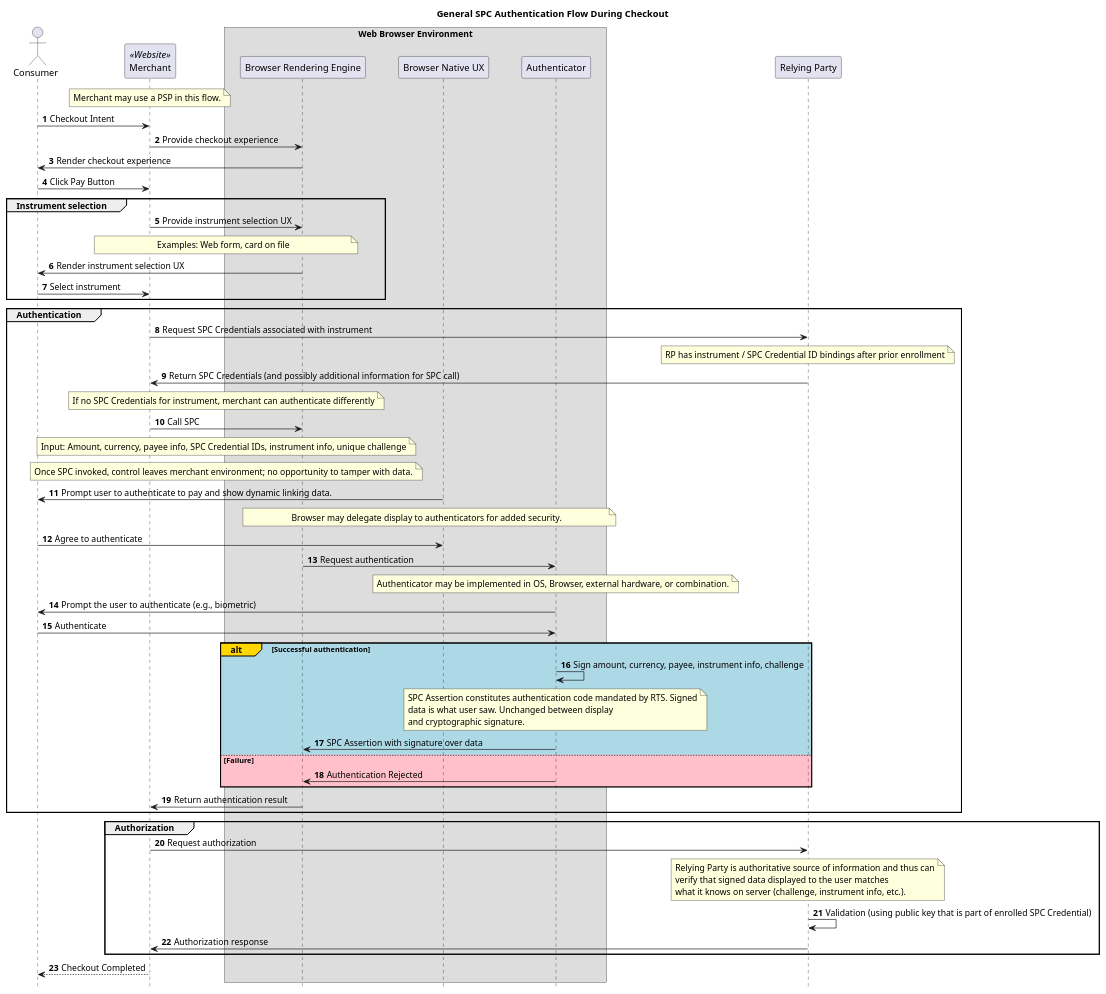
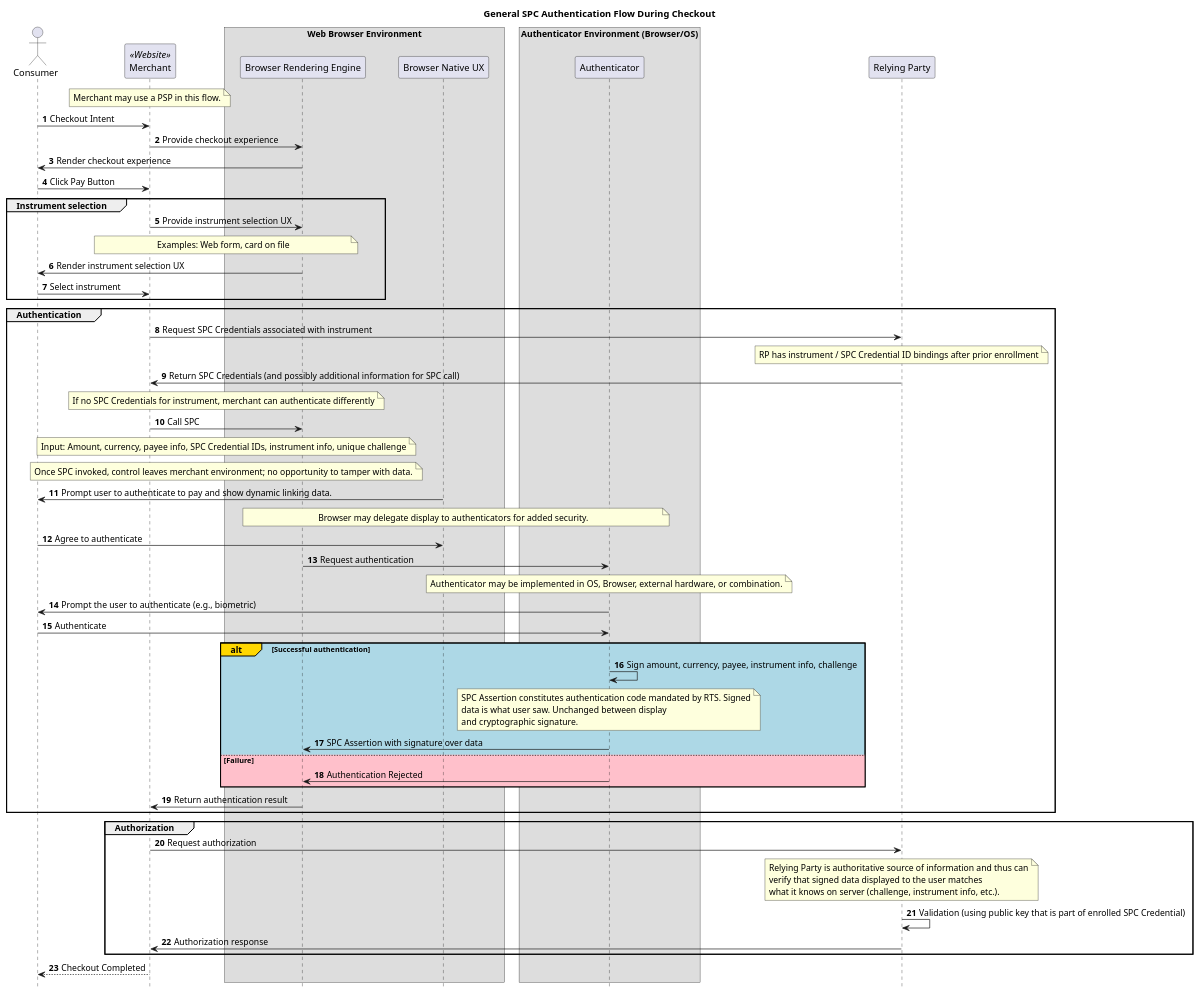
The diagram in spc-general.puml (w3c/wpsig), drawn with PlantUML before and after one commit. The commit also changed 1 other file, not shown here.

Commit message:
authenticator not necessarily in browser

```diff
--- a/spc-general.puml
+++ b/spc-general.puml
@@ -1,88 +1,91 @@
 @startuml
 
 autonumber
 hide footbox
 skinparam ParticipantPadding 20
 skinparam BoxPadding 10
 
 title General SPC Authentication Flow During Checkout
 
 actor Consumer as Consumer
 participant Merchant as Merchant <<Website>>
 
 box "Web Browser Environment"
   participant "Browser Rendering Engine" as Browser
   participant "Browser Native UX" as Native
+end box
+
+box "Authenticator Environment (Browser/OS)"
   participant "Authenticator"
 end box
 
 participant "Relying Party" as RP
 
 note over Merchant
   Merchant may use a PSP in this flow.
 end note
 Consumer->Merchant: Checkout Intent
 Merchant->Browser: Provide checkout experience
 Browser->Consumer: Render checkout experience
 Consumer->Merchant: Click Pay Button
 group Instrument selection
 Merchant->Browser: Provide instrument selection UX
 note over Merchant, Browser
   Examples: Web form, card on file
 end note
 Browser->Consumer: Render instrument selection UX
 Consumer->Merchant: Select instrument
 end group
 group Authentication
 Merchant->RP: Request SPC Credentials associated with instrument
 note over RP
   RP has instrument / SPC Credential ID bindings after prior enrollment
 end note
 RP->Merchant: Return SPC Credentials (and possibly additional information for SPC call)
 note over Merchant, Browser
   If no SPC Credentials for instrument, merchant can authenticate differently
 end note
 Merchant->Browser: Call SPC
 note over Merchant, Browser
   Input: Amount, currency, payee info, SPC Credential IDs, instrument info, unique challenge
 end note
 note over Merchant, Browser
   Once SPC invoked, control leaves merchant environment; no opportunity to tamper with data.
 end note
 Native->Consumer: Prompt user to authenticate to pay and show dynamic linking data.
 note over Browser, Authenticator
   Browser may delegate display to authenticators for added security.
 end note
 Consumer->Native: Agree to authenticate
 Browser->Authenticator: Request authentication
 note over Authenticator
   Authenticator may be implemented in OS, Browser, external hardware, or combination.
 end note
 Authenticator->Consumer: Prompt the user to authenticate (e.g., biometric)
 Consumer->Authenticator: Authenticate
 alt#Gold #LightBlue Successful authentication
     Authenticator->Authenticator: Sign amount, currency, payee, instrument info, challenge
     note over Authenticator
        SPC Assertion constitutes authentication code mandated by RTS. Signed
        data is what user saw. Unchanged between display
        and cryptographic signature.
     end note
     Authenticator -> Browser: SPC Assertion with signature over data
 else #Pink Failure
     Authenticator -> Browser: Authentication Rejected
 end
 Browser->Merchant: Return authentication result
 end group
 group Authorization
 Merchant->RP: Request authorization
 note over RP
   Relying Party is authoritative source of information and thus can
   verify that signed data displayed to the user matches
   what it knows on server (challenge, instrument info, etc.).
 end note
 RP->RP: Validation (using public key that is part of enrolled SPC Credential)
 RP->Merchant: Authorization response
 end group
 Merchant-->Consumer: Checkout Completed
 
 @enduml
```
